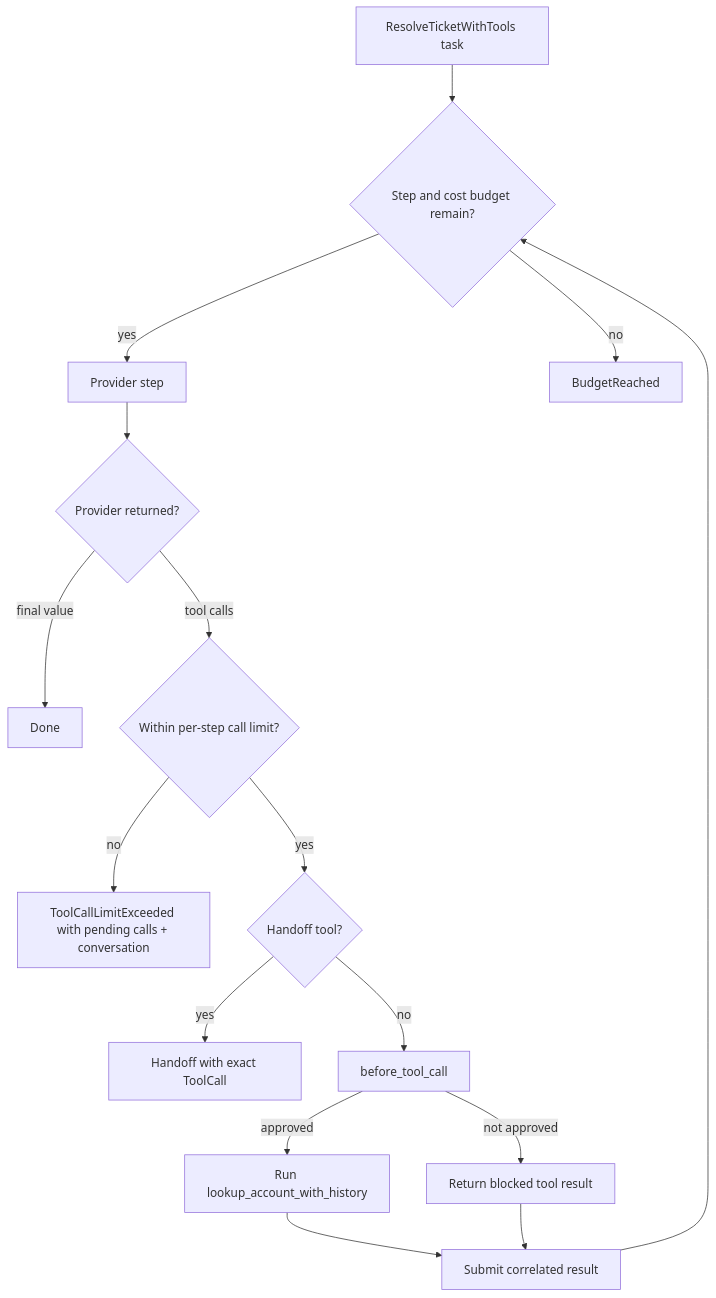
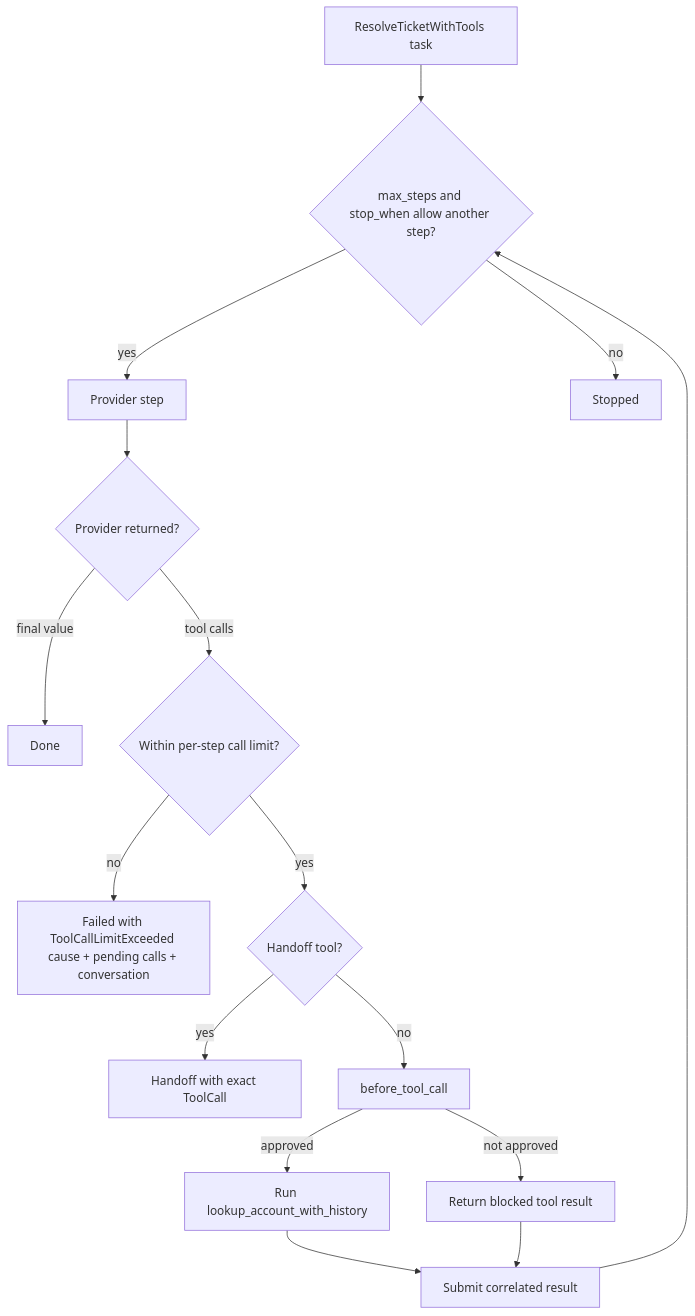
Before and after one commit to BoundaryML/baml: the diagram in baml_language/_plan/bepv4/pages/approvals-limits-and-handoffs.md, drawn with Mermaid. The commit also changed other lines of this file and 169 other files, not shown here.

````diff
--- a/baml_language/_plan/bepv4/pages/approvals-limits-and-handoffs.md
+++ b/baml_language/_plan/bepv4/pages/approvals-limits-and-handoffs.md
@@ -81,18 +97,18 @@
 ```mermaid
 flowchart TD
-  task["ResolveTicketWithTools task"] --> budget{"Step and cost budget remain?"}
-  budget -->|yes| model["Provider step"]
+  task["ResolveTicketWithTools task"] --> policy{"max_steps and stop_when allow another step?"}
+  policy -->|yes| model["Provider step"]
   model --> result{"Provider returned?"}
   result -->|final value| done["Done<Resolution>"]
   result -->|tool calls| callLimit{"Within per-step call limit?"}
-  callLimit -->|no| limitFailure["ToolCallLimitExceeded with pending calls + conversation"]
+  callLimit -->|no| limitFailure["Failed with ToolCallLimitExceeded cause + pending calls + conversation"]
   callLimit -->|yes| transfer{"Handoff tool?"}
   transfer -->|yes| handoff["Handoff with exact ToolCall"]
   transfer -->|no| callback["before_tool_call"]
   callback -->|approved| history["Run lookup_account_with_history"]
   callback -->|not approved| blocked["Return blocked tool result"]
   history --> submit["Submit correlated result"]
   blocked --> submit
-  submit --> budget
-  budget -->|no| stopped["BudgetReached"]
+  submit --> policy
+  policy -->|no| stopped["Stopped"]
 ```
````
